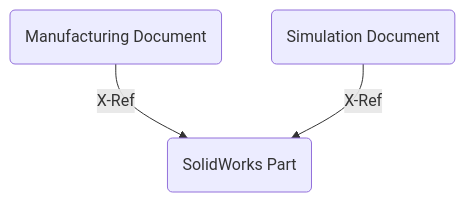
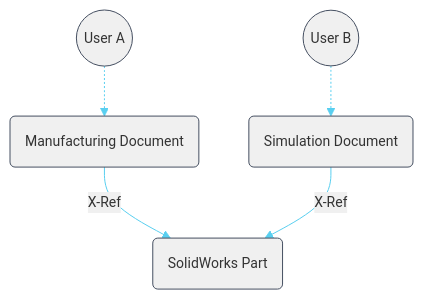
The third of 4 diagrams in README.md (schneik80/Fusion-Create-Discipline-Document), drawn with Mermaid before and after one commit. The commit also changed other lines of this file, not shown here.

````diff
--- a/README.md
+++ b/README.md
@@ -27,11 +76,30 @@
 ```mermaid
+%%{
+init: {
+'theme':'base',
+'themeVariables': {
+'primaryColor': '#f0f0f0',
+'primaryBorderColor': '#454F61',
+'lineColor': '#59cff0',
+'tertiaryColor': '#e1ecf5',
+'fontSize': '14px'
+}
+}
+}%%
+
 graph TD
 
 A(SolidWorks Part)
 B(Manufacturing Document)
 C(Simulation Document)
 
+i((User A))
+j((User B))
+
 B --"X-Ref"--> A
 C --"X-Ref"--> A
 
+i -.-> B
+j -.-> C
+
 ```
````
